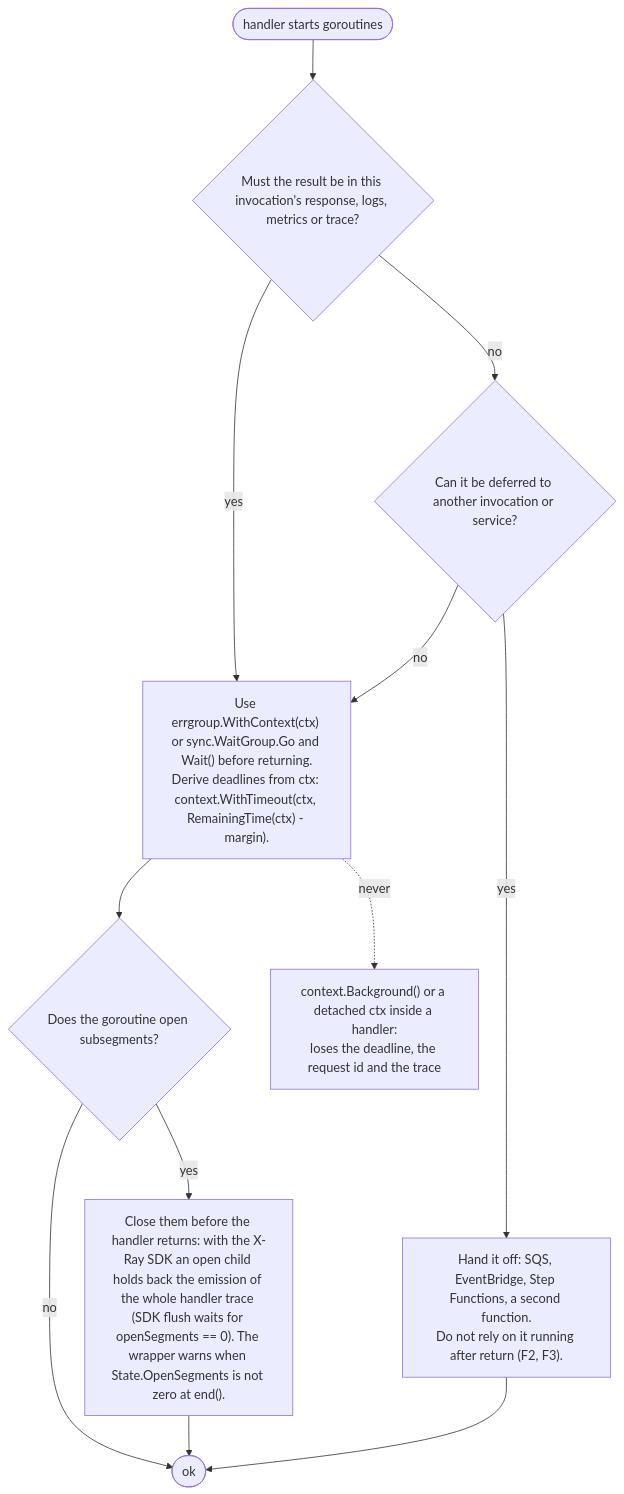
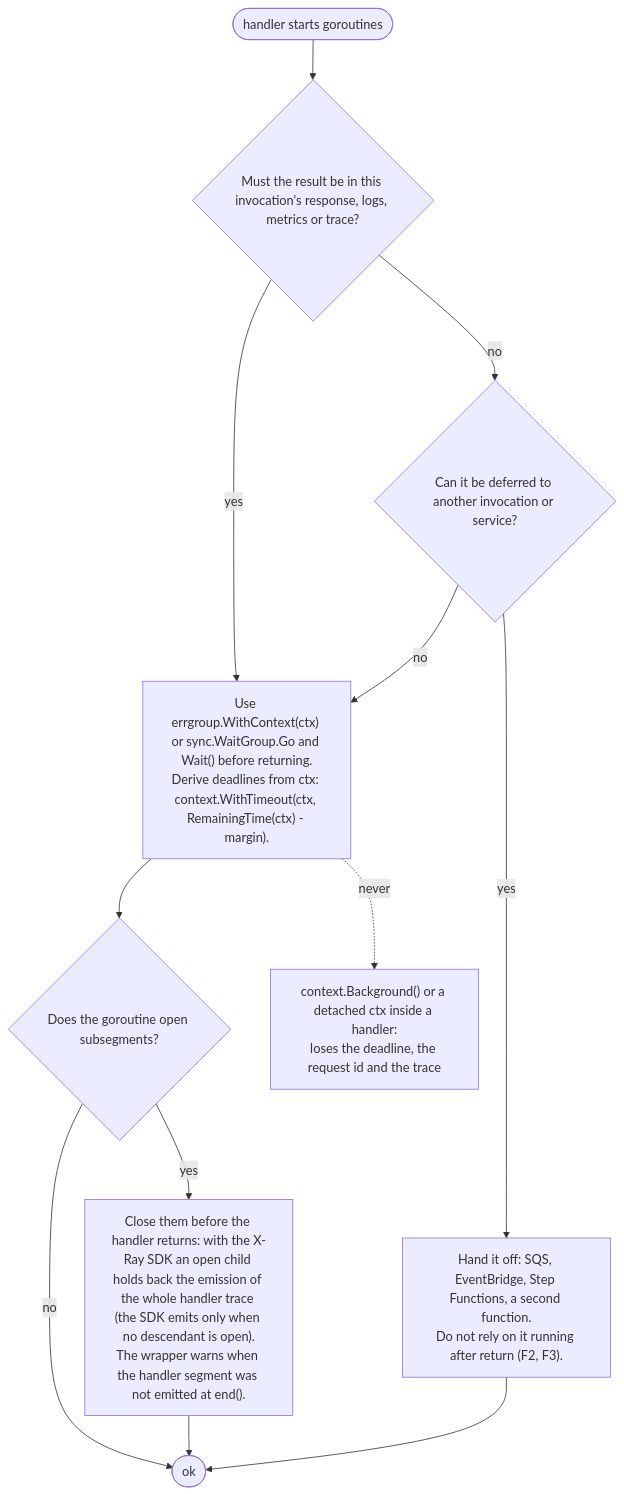
The eighth of 9 diagrams in 01-architecture.md (christiangda/powertools-lambda-go-plan), drawn with Mermaid before and after one commit. The commit also changed other lines of this file and 11 other files, not shown here.

````diff
--- a/01-architecture.md
+++ b/01-architecture.md
@@ -587,14 +1114,14 @@
 ```mermaid
 flowchart TD
   start([handler starts goroutines]) --> q1{Must the result be in this invocation's response, logs, metrics or trace?}
   q1 -- yes --> wait["Use errgroup.WithContext(ctx) or sync.WaitGroup.Go and Wait() before returning.<br/>Derive deadlines from ctx: context.WithTimeout(ctx, RemainingTime(ctx) - margin)."]
   q1 -- no --> q2{Can it be deferred to another invocation or service?}
   q2 -- yes --> queue["Hand it off: SQS, EventBridge, Step Functions, a second function.<br/>Do not rely on it running after return (F2, F3)."]
   q2 -- no --> wait
   wait --> seg{Does the goroutine open subsegments?}
-  seg -- yes --> close["Close them before the handler returns: with the X-Ray SDK an open child holds back the emission of the whole handler trace (SDK flush waits for openSegments == 0). The wrapper warns when State.OpenSegments is not zero at end()."]
+  seg -- yes --> close["Close them before the handler returns: with the X-Ray SDK an open child holds back the emission of the whole handler trace (the SDK emits only when no descendant is open).<br/>The wrapper warns when the handler segment was not emitted at end()."]
   seg -- no --> ok([ok])
   close --> ok
   queue --> ok
   wait -. never .-> bg["context.Background() or a detached ctx inside a handler:<br/>loses the deadline, the request id and the trace"]
 ```
````
